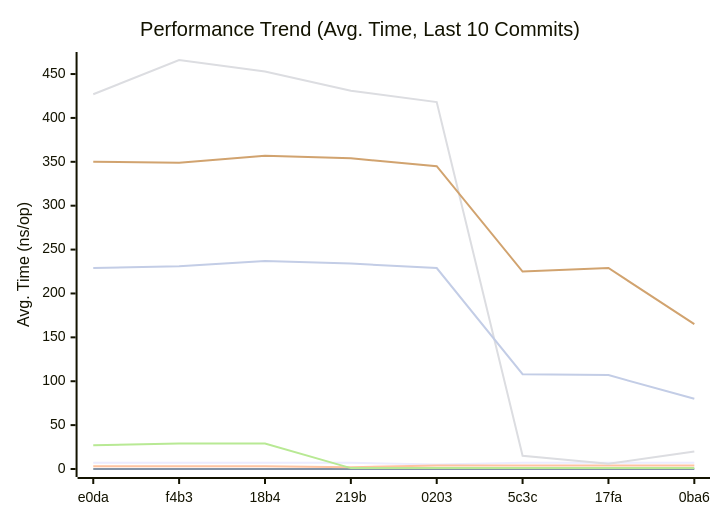
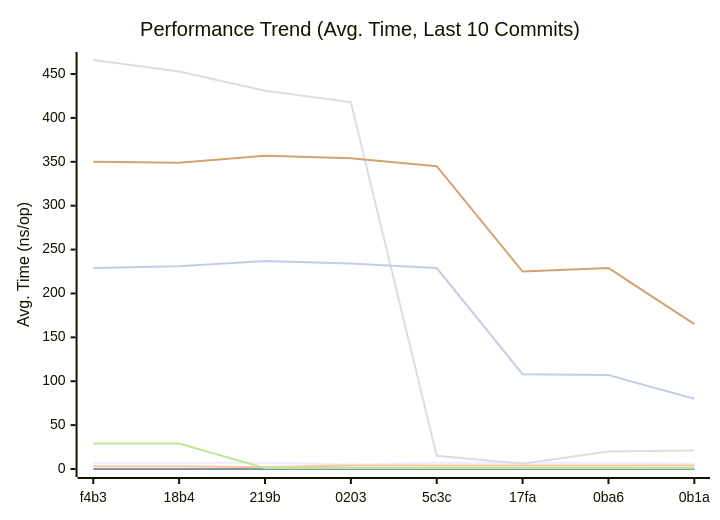
One commit to alsotoes/momo changed the first of 3 diagrams in docs/README.md. Above: the diagram before and after it, drawn with Mermaid. The commit also changed other lines of this file and 1 other file, not shown here.

````diff
--- a/docs/README.md
+++ b/docs/README.md
@@ -188,14 +188,14 @@
 ```mermaid
 xychart-beta
     title "Performance Trend (Avg. Time, Last 10 Commits)"
     x-axis "Commit"
     y-axis "Avg. Time (ns/op)"
-    x-axis [e0da,f4b3,18b4,219b,0203,5c3c,17fa,0ba6]
-    line "CheckMetricsAndSwap" [7,7,7,7,5,7,7,7,6,7]
+    x-axis [f4b3,18b4,219b,0203,5c3c,17fa,0ba6,0b1a]
+    line "CheckMetricsAndSwap" [7,7,7,5,7,7,7,6,7,6]
     line "IndexDirectTracking" [0,0,0,0,0,0,0,0,0,0]
-    line "IndexSearch" [3,3,3,2,4,4,4,4,4,3]
-    line "LoadGlobalConfig" [427,466,453,431,418,15,6,20,21,22]
-    line "PadString" [27,29,29,1,1,1,1,1,1,1]
+    line "IndexSearch" [3,3,2,4,4,4,4,4,3,4]
+    line "LoadGlobalConfig" [466,453,431,418,15,6,20,21,22,16]
+    line "PadString" [29,29,1,1,1,1,1,1,1,1]
     line "ParseReplicationOrder_NoPrealloc" [350,349,357,354,345,225,229,165,232,234]
     line "ParseReplicationOrder_Prealloc" [229,231,237,234,229,108,107,80,110,109]
 ```
````
